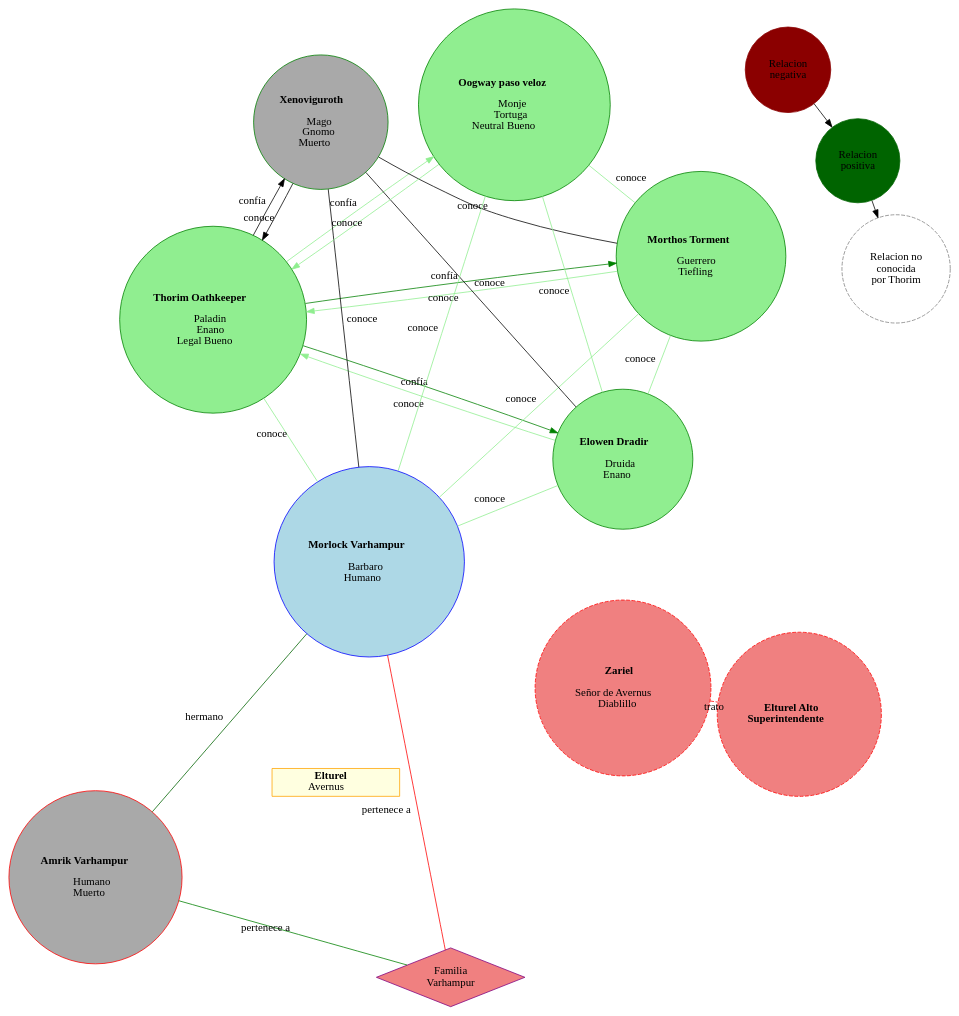
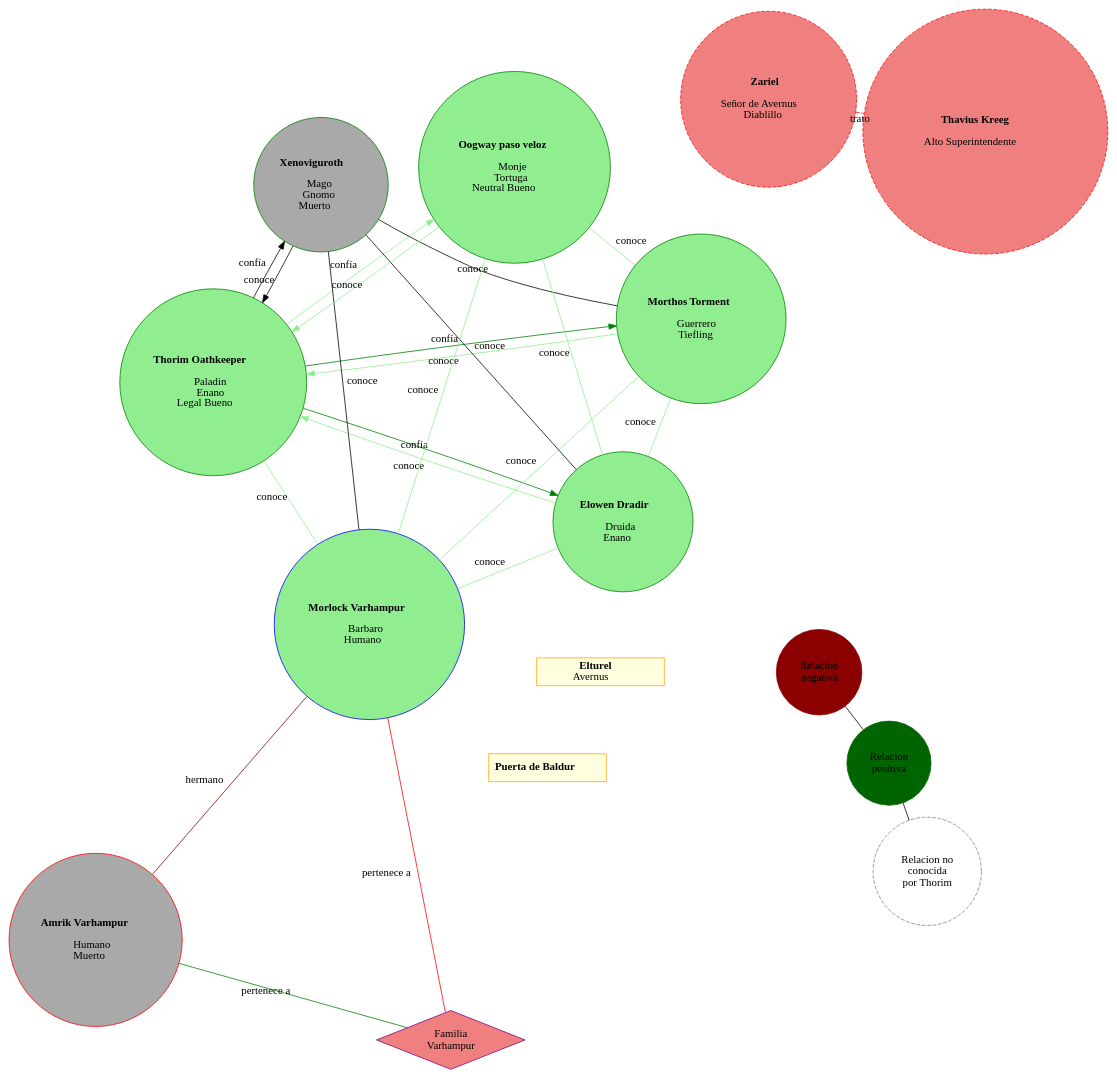
One commit to TsunaHalo2001/dnd5e-customs changed the diagram in Afinity/BaldursGate2025/map.dot. Above: the diagram before and after it, drawn with Graphviz.

Commit message:
Refactor relationships and attributes in Baldur's Gate 2025 map

```diff
--- a/Afinity/BaldursGate2025/map.dot
+++ b/Afinity/BaldursGate2025/map.dot
@@ -1,148 +1,156 @@
 digraph Relaciones {
     layout=neato;
     overlap=prism;
     splines=true;
     mindist=0.8;
     esep=0.2;
     node [shape=circle, style=filled];
 
     "1" [color=darkred, label="Relacion\nnegativa"];
     "2" [color=darkgreen, label="Relacion\npositiva"];
     "3" [color=gray, style=dashed, label="Relacion no\nconocida\npor Thorim"];
-    "1" -> "2" -> "3";
+    "1" -> "2" -> "3" [dir=none];
 
     // Personajes
     "Thorim Oathkeeper" [
         color=green, 
         style=filled, 
         fillcolor=lightgreen,
         label=<<b>Thorim Oathkeeper</b><br/><br/>
     Paladin<br/>
     Enano<br/>
         Legal Bueno
     >];
 
     "Morthos Torment" [
         color=green, 
         style=filled, 
         fillcolor=lightgreen, 
         label=<<b>Morthos Torment</b><br/><br/>
     Guerrero<br/>
         Tiefling
     >];
     "Elowen Dradir" [
         color=green, 
         style=filled, 
         fillcolor=lightgreen, 
         label=<<b>Elowen Dradir</b><br/><br/>
     Druida<br/>
         Enano
     >];
     "Xenoviguroth" [
         color=green, 
         style=filled, 
         fillcolor=darkgray, 
         label=<<b>Xenoviguroth</b><br/><br/>
     Mago<br/>
     Gnomo<br/>
         Muerto
     >];
     "Oogway paso veloz" [
         color=green, 
         style=filled, 
         fillcolor=lightgreen, 
         label=<<b>Oogway paso veloz</b><br/><br/>
     Monje<br/>
     Tortuga<br/>
         Neutral Bueno
     >];
 
     // NPCs
     "Zariel" [
         color=red,
         style="filled, dashed",
         fillcolor=lightcoral,
         label=<<b>Zariel</b><br/><br/>
     Señor de Avernus<br/>
         Diablillo
     >
     ];
-    "Elturel Alto Superintendente" [
+    "Thavius Kreeg" [
         color=red,
         style="filled, dashed",
         fillcolor=lightcoral,
-        label=<<b>Elturel Alto<br/>Superintendente</b>>
+        label=<<b>Thavius Kreeg</b><br/><br/>
+        Alto Superintendente
+    >
     ];
     "Morlock Varhampur" [
         color=blue, 
         style=filled, 
-        fillcolor=lightblue, 
+        fillcolor=lightgreen, 
         label=<<b>Morlock Varhampur</b><br/><br/>
     Barbaro<br/>
         Humano
     >];
     "Amrik Varhampur" [
         color=red, 
         style=filled, 
         fillcolor=darkgray, 
         label=<<b>Amrik Varhampur</b><br/><br/>
     Humano<br/>
         Muerto
     >];
 
     // Familias
     "Familia Varhampur" [
         shape=diamond, 
         color=purple, 
         fillcolor=lightcoral, 
         label="Familia\nVarhampur"
     ];
 
     // Ciudades
     "Elturel" [
         shape=rectangle, 
         color=orange, 
         fillcolor=lightyellow, 
         label=<<b>Elturel</b><br/>
             Avernus
         >
     ];
+    "Puerta de Baldur" [
+        shape=rectangle,
+        color=orange,
+        fillcolor=lightyellow,
+        label=<<b>Puerta de Baldur</b><br/>>
+    ];
 
     // Relaciones del lore
-    "Zariel" -> "Elturel Alto Superintendente" [dir=none, label="trato", color=red, style=dashed];
+    "Zariel" -> "Thavius Kreeg" [dir=none, label="trato", color=red, style=dashed];
 
     // Relaciones de Thorim Oathkeeper
     "Thorim Oathkeeper" -> "Morthos Torment" [label="confía", color=green];
     "Thorim Oathkeeper" -> "Elowen Dradir" [label="confía", color=green];
     "Thorim Oathkeeper" -> "Xenoviguroth" [label="confía", color=black];
     "Thorim Oathkeeper" -> "Oogway paso veloz" [label="confía", color=lightgreen];
     "Thorim Oathkeeper" -> "Morlock Varhampur" [dir=none, label="conoce", color=lightgreen];
 
     // Relaciones de Morthos Torment
     "Morthos Torment" -> "Thorim Oathkeeper" [label="conoce", color=lightgreen];
     "Morthos Torment" -> "Elowen Dradir" [dir=none, label="conoce", color=lightgreen];
     "Morthos Torment" -> "Xenoviguroth" [dir=none, label="conoce", color=black];
     "Morthos Torment" -> "Morlock Varhampur" [dir=none, label="conoce", color=lightgreen];
     "Morthos Torment" -> "Oogway paso veloz" [dir=none, label="conoce", color=lightgreen];
 
     // Relaciones de Elowen Dradir
     "Elowen Dradir" -> "Thorim Oathkeeper" [label="conoce", color=lightgreen];
     "Elowen Dradir" -> "Xenoviguroth" [dir=none, label="conoce", color=black];
     "Elowen Dradir" -> "Morlock Varhampur" [dir=none, label="conoce", color=lightgreen];
     "Elowen Dradir" -> "Oogway paso veloz" [dir=none, label="conoce", color=lightgreen];
 
     // Relaciones de Xenoviguroth
     "Xenoviguroth" -> "Thorim Oathkeeper" [label="conoce", color=black];
     "Xenoviguroth" -> "Morlock Varhampur" [dir=none, label="conoce", color=black];
 
     // Relaciones de Oogway paso veloz
     "Oogway paso veloz" -> "Thorim Oathkeeper" [label="conoce", color=lightgreen];
     "Oogway paso veloz" -> "Morlock Varhampur" [dir=none, label="conoce", color=lightgreen];
 
     // Relaciones de Morlock Varhampur
     "Morlock Varhampur" -> "Familia Varhampur" [dir=none, label="pertenece a", color=red];
-    "Morlock Varhampur" -> "Amrik Varhampur" [dir=none, label="hermano", color=darkgreen];
+    "Morlock Varhampur" -> "Amrik Varhampur" [dir=none, label="hermano", color=darkred];
 
     // Relaciones de Amrik Varhampur
     "Amrik Varhampur" -> "Familia Varhampur" [dir=none, label="pertenece a", color=green];
 }
```
